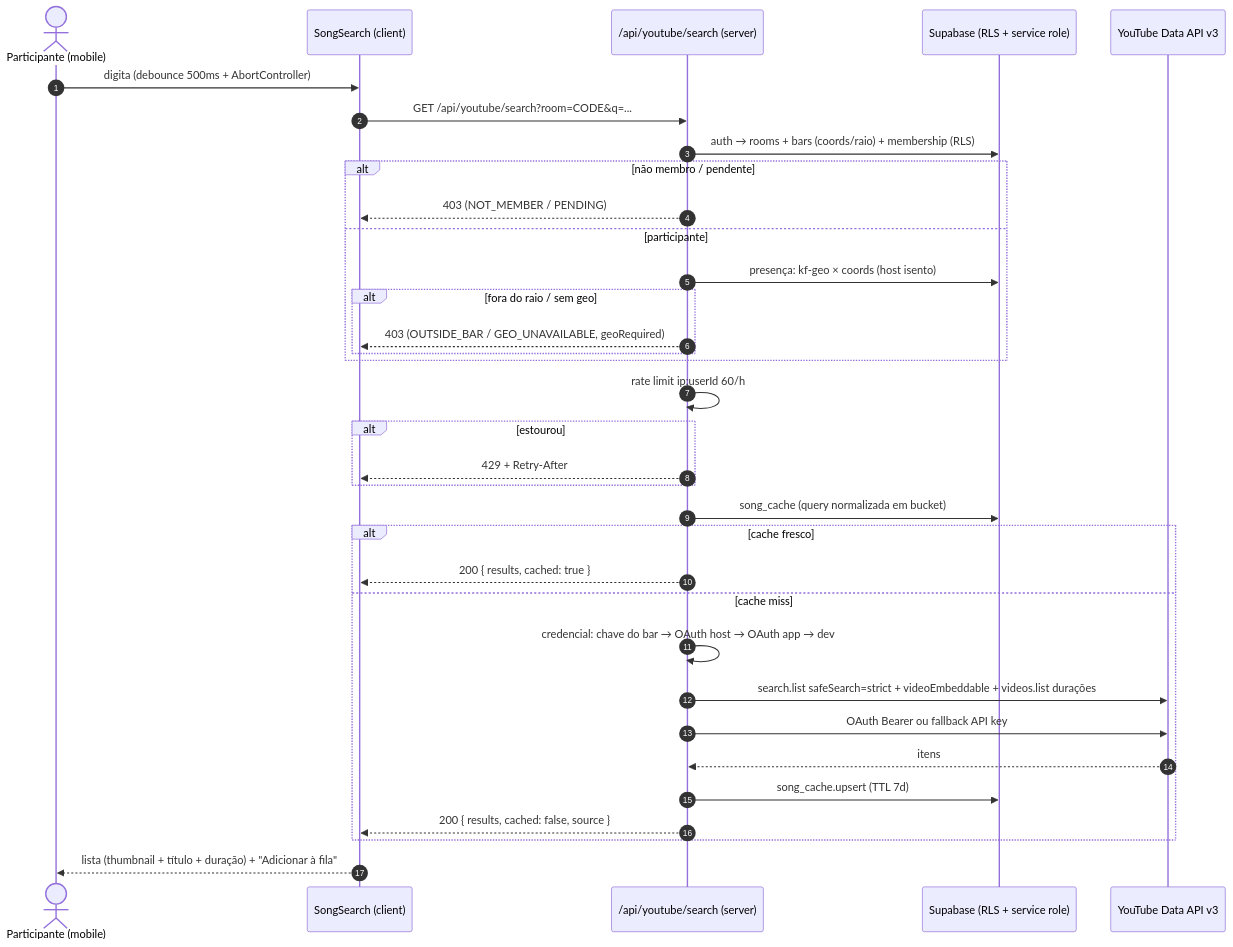
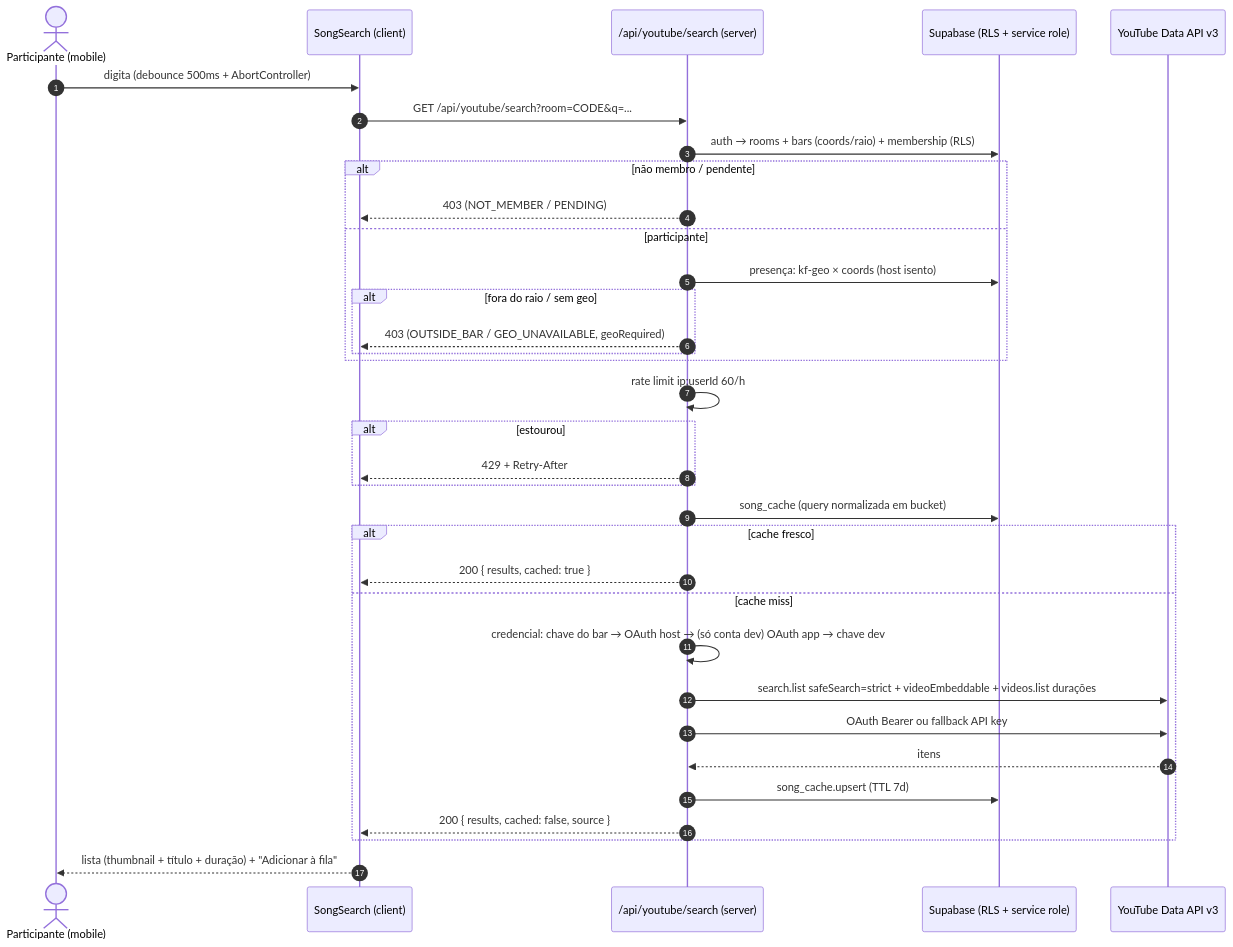
Diagram 13 of 19 in docs/flows/fluxos-do-sistema.md (cavalcanteprofissional/karaoke-flow), drawn with Mermaid before and after one commit. The commit also changed other lines of this file and 3 other files, not shown here.

````diff
--- a/docs/flows/fluxos-do-sistema.md
+++ b/docs/flows/fluxos-do-sistema.md
@@ -331,37 +343,37 @@
 ```mermaid
 sequenceDiagram
     autonumber
     actor P as Participante (mobile)
     participant S as SongSearch (client)
     participant R as /api/youtube/search (server)
     participant DB as Supabase (RLS + service role)
     participant YT as YouTube Data API v3
 
     P->>S: digita (debounce 500ms + AbortController)
     S->>R: GET /api/youtube/search?room=CODE&q=...
     R->>DB: auth → rooms + bars (coords/raio) + membership (RLS)
     alt não membro / pendente
         R-->>S: 403 (NOT_MEMBER / PENDING)
     else participante
         R->>DB: presença: kf-geo × coords (host isento)
         alt fora do raio / sem geo
             R-->>S: 403 (OUTSIDE_BAR / GEO_UNAVAILABLE, geoRequired)
         end
     end
     R->>R: rate limit ip:userId 60/h
     alt estourou
         R-->>S: 429 + Retry-After
     end
     R->>DB: song_cache (query normalizada em bucket)
     alt cache fresco
         R-->>S: 200 { results, cached: true }
     else cache miss
-        R->>R: credencial: chave do bar → OAuth host → OAuth app → dev
+        R->>R: credencial: chave do bar → OAuth host → (só conta dev) OAuth app → chave dev
         R->>YT: search.list safeSearch=strict + videoEmbeddable + videos.list durações
         R->>YT: OAuth Bearer ou fallback API key
         YT-->>R: itens
         R->>DB: song_cache.upsert (TTL 7d)
         R-->>S: 200 { results, cached: false, source }
     end
     S-->>P: lista (thumbnail + título + duração) + "Adicionar à fila"
 ```
````
